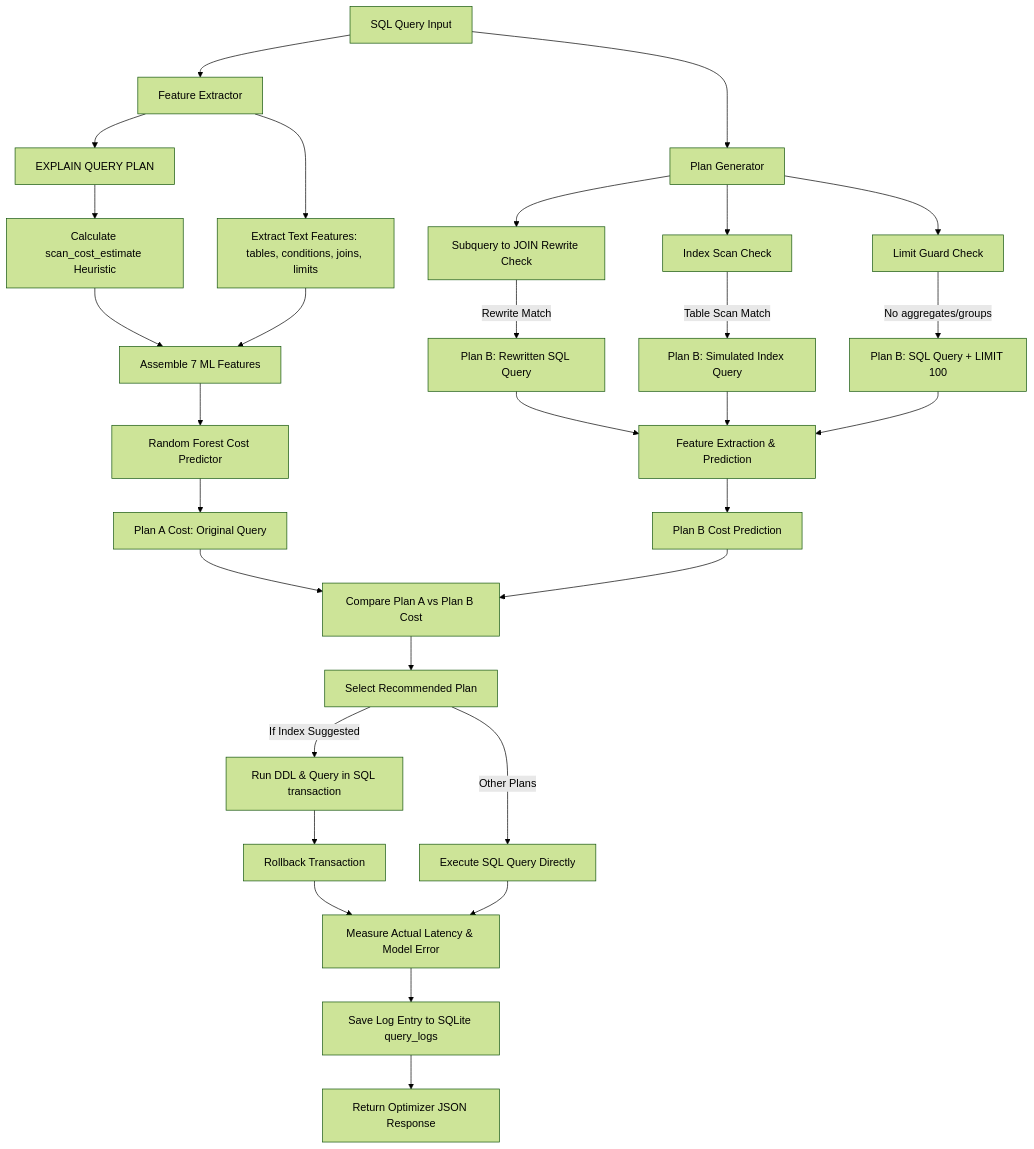
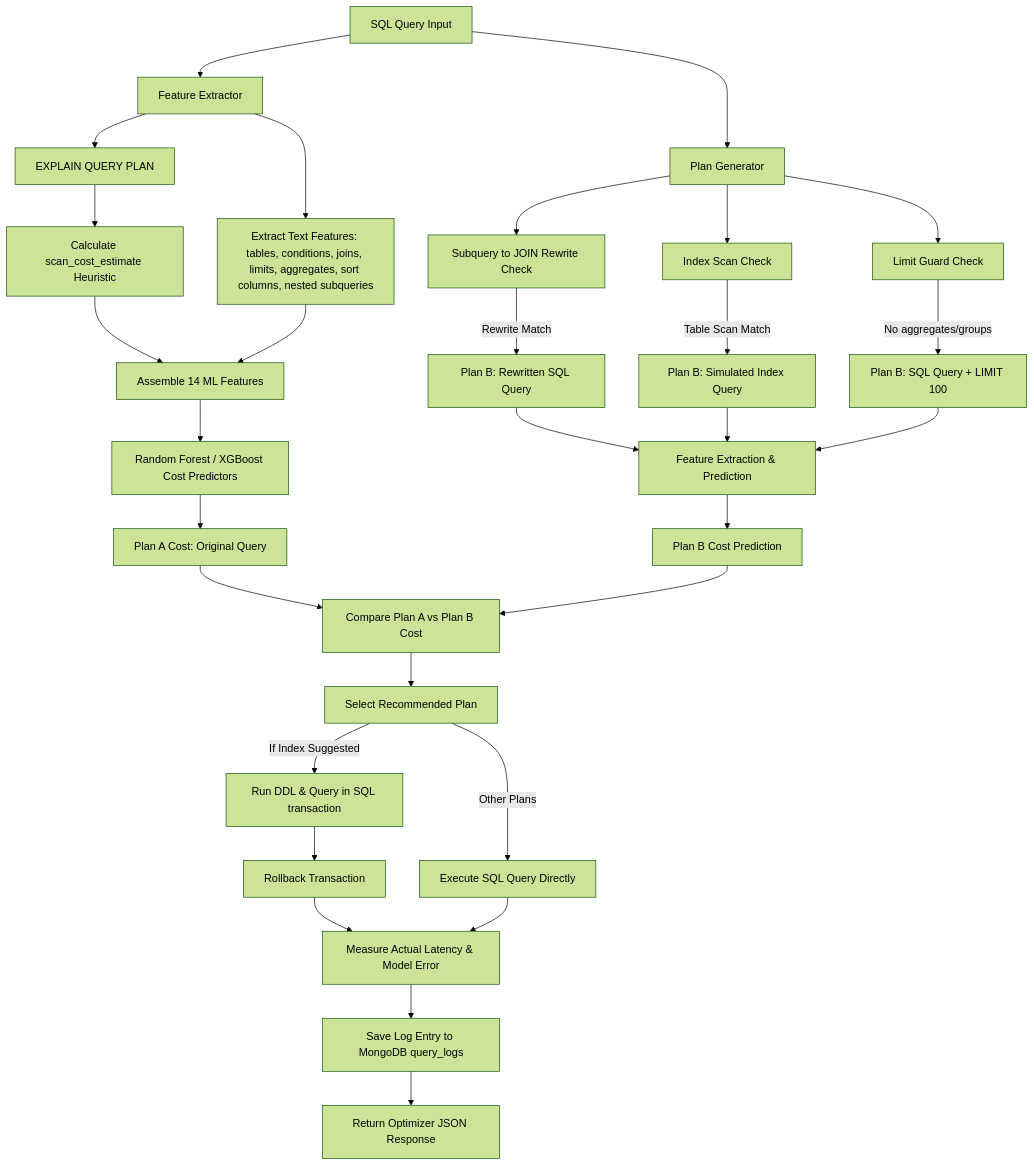
Before and after one commit to jhanvi857/Arbiter: the diagram in backend/README.md, drawn with Mermaid (forest theme). The commit also changed other lines of this file and 1 other file, not shown here.

Commit message:
docs: update root and backend README files with xgboost rationale, 14 features, and splits

````diff
--- a/backend/README.md
+++ b/backend/README.md
@@ -11,36 +11,36 @@
 ```mermaid
 graph TD
     A[SQL Query Input] --> B[Feature Extractor]
     B --> C[EXPLAIN QUERY PLAN]
     C --> D[Calculate scan_cost_estimate Heuristic]
-    B --> E[Extract Text Features: tables, conditions, joins, limits]
-    D --> F[Assemble 7 ML Features]
+    B --> E[Extract Text Features: tables, conditions, joins, limits, aggregates, sort columns, nested subqueries]
+    D --> F[Assemble 14 ML Features]
     E --> F
-    F --> G[Random Forest Cost Predictor]
+    F --> G[Random Forest / XGBoost Cost Predictors]
     G --> H[Plan A Cost: Original Query]
     
     A --> I[Plan Generator]
     I --> J[Subquery to JOIN Rewrite Check]
     I --> K[Index Scan Check]
     I --> L[Limit Guard Check]
     
     J -->|Rewrite Match| M[Plan B: Rewritten SQL Query]
     K -->|Table Scan Match| N[Plan B: Simulated Index Query]
     L -->|No aggregates/groups| O[Plan B: SQL Query + LIMIT 100]
     
     M --> P[Feature Extraction & Prediction]
     N --> P
     O --> P
     
     P --> Q[Plan B Cost Prediction]
     H --> R[Compare Plan A vs Plan B Cost]
     Q --> R
     R --> S[Select Recommended Plan]
     S -->|If Index Suggested| T[Run DDL & Query in SQL transaction]
     T --> U[Rollback Transaction]
     S -->|Other Plans| V[Execute SQL Query Directly]
     U --> W[Measure Actual Latency & Model Error]
     V --> W
-    W --> X[Save Log Entry to SQLite query_logs]
+    W --> X[Save Log Entry to MongoDB query_logs]
     X --> Y[Return Optimizer JSON Response]
 ```
````
